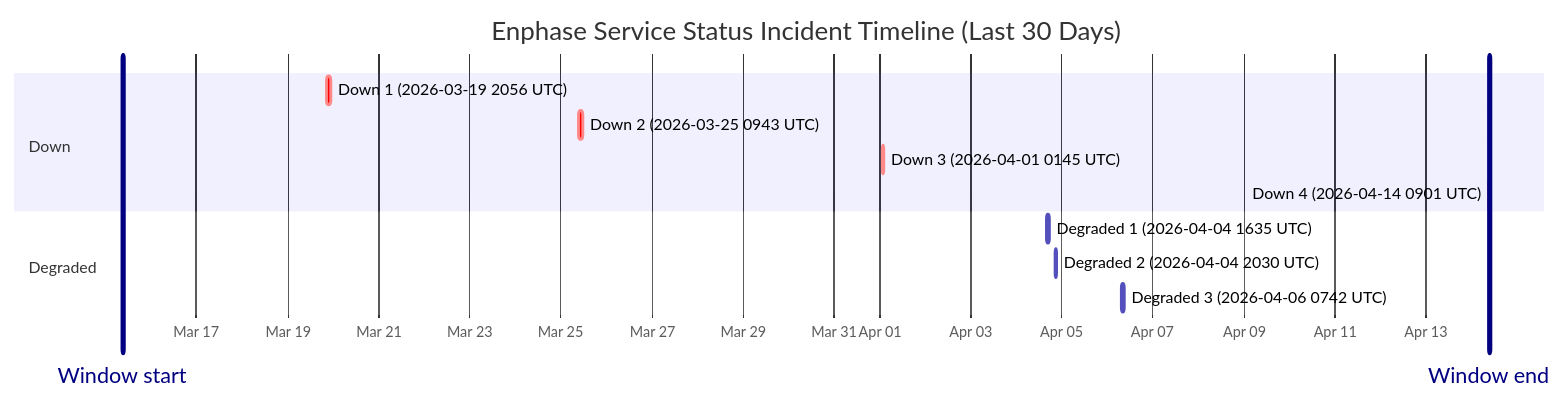
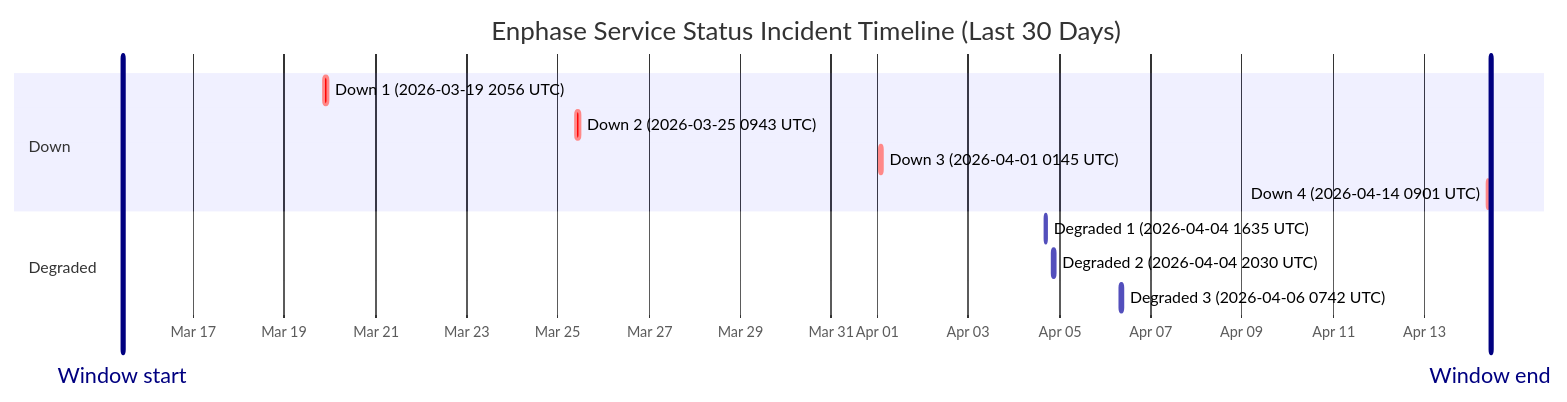
One commit to barneyonline/ha-enphase-ev-charger changed the diagram in wiki/Service-Status-History.md. Above: the diagram before and after it, drawn with Mermaid. The commit also changed other lines of this file and 4 other files, not shown here.

````diff
--- a/wiki/Service-Status-History.md
+++ b/wiki/Service-Status-History.md
@@ -14,17 +14,17 @@
 ```mermaid
 gantt
     title Enphase Service Status Incident Timeline (Last 30 Days)
     dateFormat  YYYY-MM-DDTHH:mm:ss
     axisFormat  %b %d
-    Window start :vert, window-start, 2026-03-15T09:01:13, 0ms
-    Window end :vert, window-end, 2026-04-14T09:01:13, 0ms
+    Window start :vert, window-start, 2026-03-15T10:44:55, 0ms
+    Window end :vert, window-end, 2026-04-14T10:44:55, 0ms
     section Down
     Down 1 (2026-03-19 2056 UTC) :crit, down-1, 2026-03-19T20:56:20, 145m
     Down 2 (2026-03-25 0943 UTC) :crit, down-2, 2026-03-25T09:43:28, 111m
     Down 3 (2026-04-01 0145 UTC) :crit, down-3, 2026-04-01T01:45:09, 60m
     Down 4 (2026-04-14 0901 UTC) :crit, down-4, 2026-04-14T09:01:13, 60m
     section Degraded
     Degraded 1 (2026-04-04 1635 UTC) :active, degraded-1, 2026-04-04T16:35:17, 60m
     Degraded 2 (2026-04-04 2030 UTC) :active, degraded-2, 2026-04-04T20:30:40, 60m
     Degraded 3 (2026-04-06 0742 UTC) :active, degraded-3, 2026-04-06T07:42:09, 85m
 ```
````
